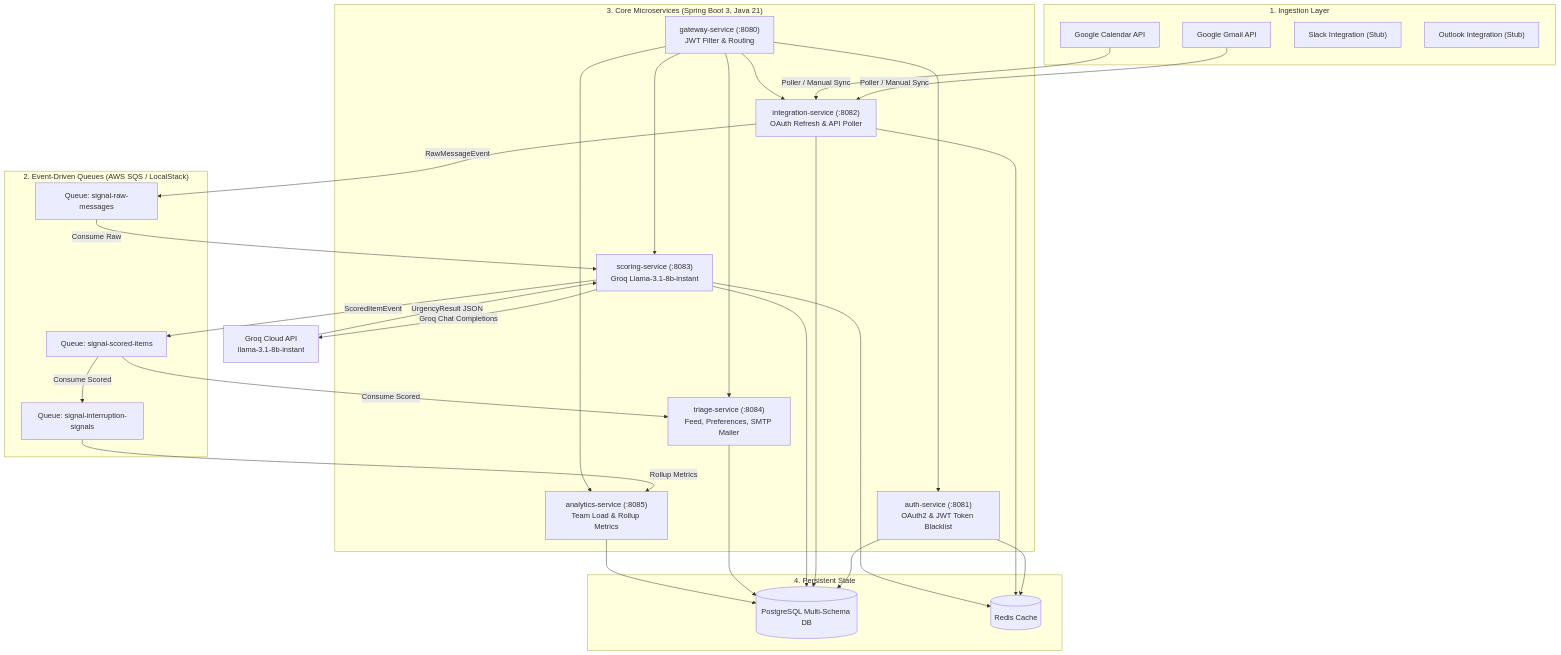
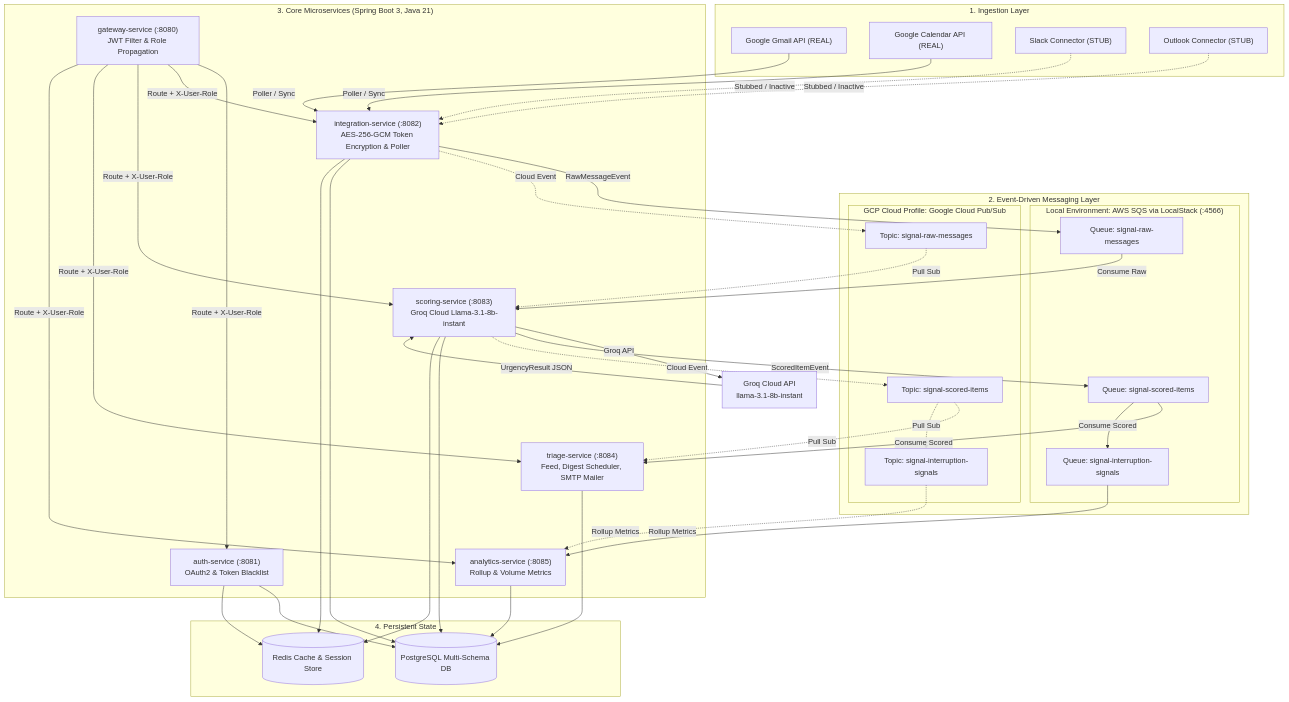
The diagram in README.md (DhivyaSivakumar123/signal_backend), drawn with Mermaid before and after one commit. The commit also changed other lines of this file and 5 other files, not shown here.

Commit message:
chore(pre-submission): enforce 32-byte AES-256 key, versioned token encryption, plaintext migration service, and expanded test suite

````diff
--- a/README.md
+++ b/README.md
@@ -87,43 +17,63 @@
 ```mermaid
 flowchart TD
     subgraph Ingestion["1. Ingestion Layer"]
-        Gmail["Google Gmail API"]
-        GCal["Google Calendar API"]
-        SlackStub["Slack Integration (Stub)"]
-        OutlookStub["Outlook Integration (Stub)"]
+        Gmail["Google Gmail API (REAL)"]
+        GCal["Google Calendar API (REAL)"]
+        SlackStub["Slack Connector (STUB)"]
+        OutlookStub["Outlook Connector (STUB)"]
     end
 
-    subgraph Messaging["2. Event-Driven Queues (AWS SQS / LocalStack)"]
-        QRaw["Queue: signal-raw-messages"]
-        QScored["Queue: signal-scored-items"]
-        QSignals["Queue: signal-interruption-signals"]
+    subgraph Messaging["2. Event-Driven Messaging Layer"]
+        subgraph LocalEnv["Local Environment: AWS SQS via LocalStack (:4566)"]
+            QRaw["Queue: signal-raw-messages"]
+            QScored["Queue: signal-scored-items"]
+            QSignals["Queue: signal-interruption-signals"]
+        end
+        subgraph GCPEnv["GCP Cloud Profile: Google Cloud Pub/Sub"]
+            TRaw["Topic: signal-raw-messages"]
+            TScored["Topic: signal-scored-items"]
+            TSignals["Topic: signal-interruption-signals"]
+        end
     end
 
     subgraph Processing["3. Core Microservices (Spring Boot 3, Java 21)"]
-        GW["gateway-service (:8080)\nJWT Filter & Routing"]
-        Auth["auth-service (:8081)\nOAuth2 & JWT Token Blacklist"]
-        Integ["integration-service (:8082)\nOAuth Refresh & API Poller"]
-        Scorer["scoring-service (:8083)\nGroq Llama-3.1-8b-instant"]
-        Triage["triage-service (:8084)\nFeed, Preferences, SMTP Mailer"]
-        Analytics["analytics-service (:8085)\nTeam Load & Rollup Metrics"]
+        GW["gateway-service (:8080)\nJWT Filter & Role Propagation"]
+        Auth["auth-service (:8081)\nOAuth2 & Token Blacklist"]
+        Integ["integration-service (:8082)\nAES-256-GCM Token Encryption & Poller"]
+        Scorer["scoring-service (:8083)\nGroq Cloud Llama-3.1-8b-instant"]
+        Triage["triage-service (:8084)\nFeed, Digest Scheduler, SMTP Mailer"]
+        Analytics["analytics-service (:8085)\nRollup & Volume Metrics"]
     end
 
     subgraph Storage["4. Persistent State"]
         PG[(PostgreSQL Multi-Schema DB)]
-        Redis[(Redis Cache)]
+        Redis[(Redis Cache & Session Store)]
     end
 
-    Gmail & GCal -->|Poller / Manual Sync| Integ
+    Gmail & GCal -->|Poller / Sync| Integ
+    SlackStub -.->|Stubbed / Inactive| Integ
+    OutlookStub -.->|Stubbed / Inactive| Integ
+
     Integ -->|RawMessageEvent| QRaw
+    Integ -.->|Cloud Event| TRaw
     QRaw -->|Consume Raw| Scorer
-    Scorer -->|Groq Chat Completions| GroqAPI["Groq Cloud API\nllama-3.1-8b-instant"]
+    TRaw -.->|Pull Sub| Scorer
+
+    Scorer -->|Groq API| GroqAPI["Groq Cloud API\nllama-3.1-8b-instant"]
     GroqAPI -->|UrgencyResult JSON| Scorer
+
     Scorer -->|ScoredItemEvent| QScored
+    Scorer -.->|Cloud Event| TScored
+
     QScored -->|Consume Scored| Triage
     QScored -->|Consume Scored| QSignals
+    TScored -.->|Pull Sub| Triage
+    TScored -.->|Pull Sub| TSignals
+
     QSignals -->|Rollup Metrics| Analytics
-    
-    GW --> Auth & Integ & Scorer & Triage & Analytics
+    TSignals -.->|Rollup Metrics| Analytics
+
+    GW -->|Route + X-User-Role| Auth & Integ & Scorer & Triage & Analytics
     Auth & Integ & Scorer & Triage & Analytics --> PG
     Auth & Integ & Scorer --> Redis
 ```
````
